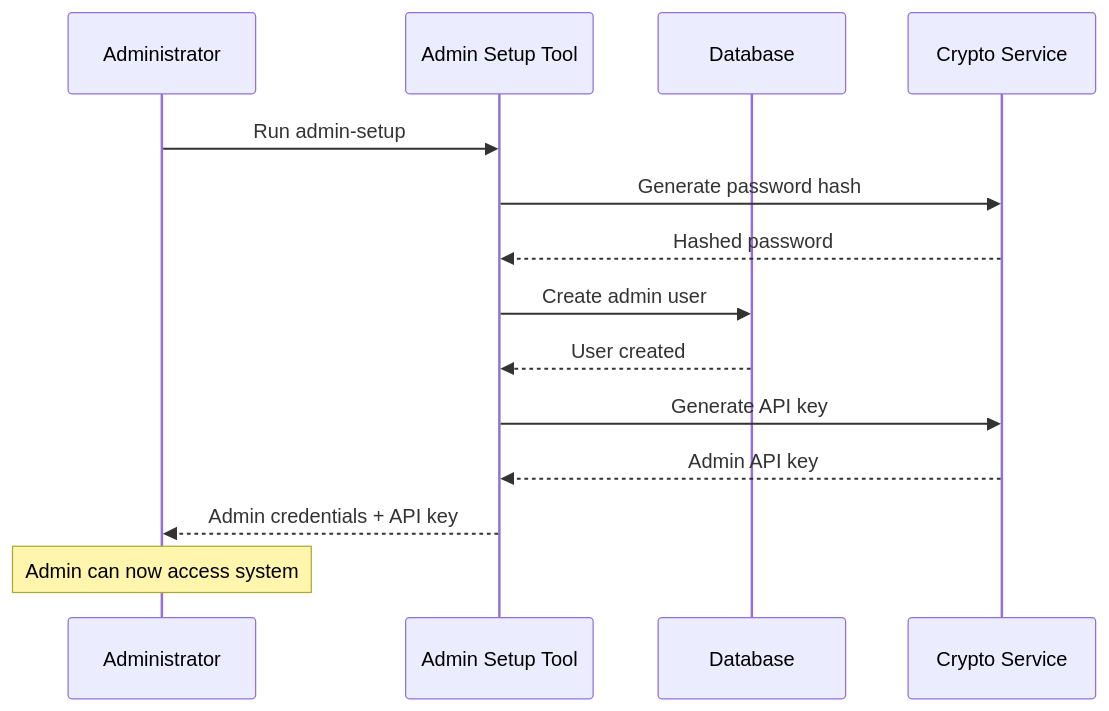
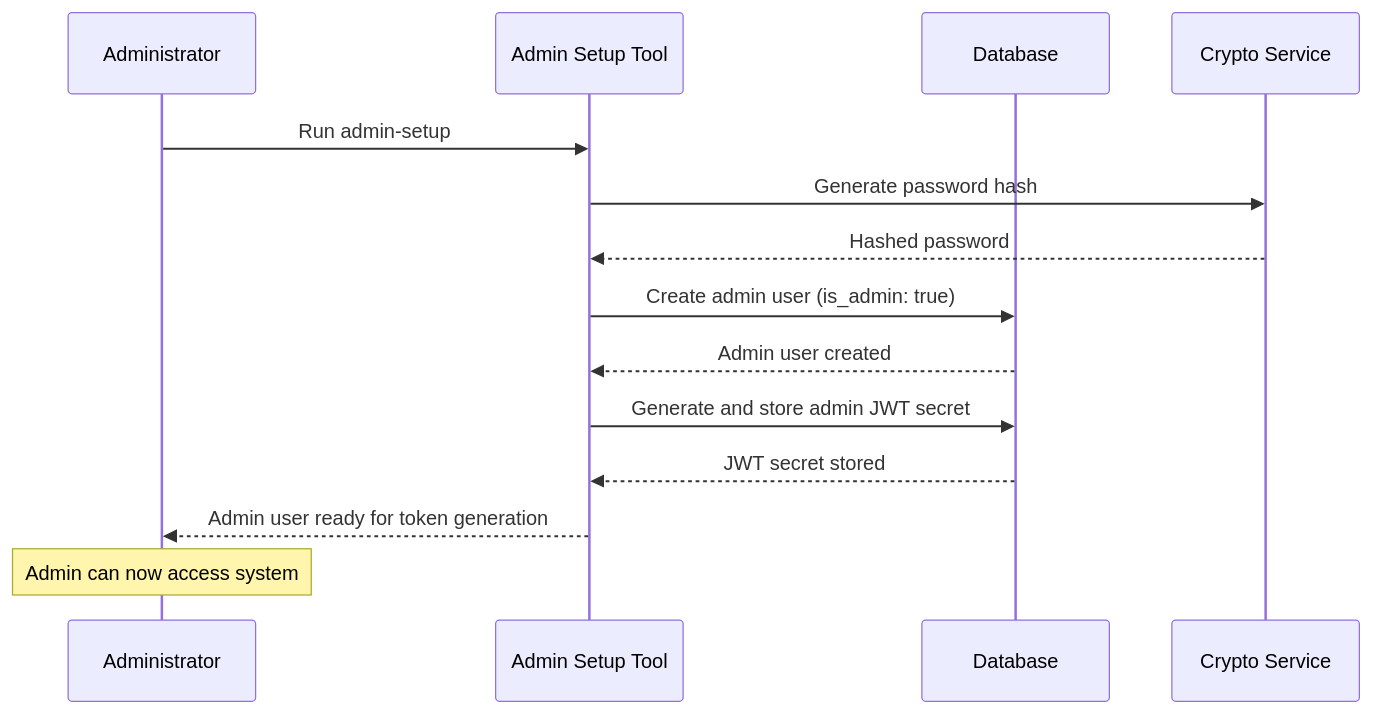
Before and after one commit to Async-IO/pierre_mcp_server: the second of 5 diagrams in docs/developer-guide/06-authentication.md, drawn with Mermaid. The commit also changed other lines of this file and 51 other files, not shown here.

````diff
--- a/docs/developer-guide/06-authentication.md
+++ b/docs/developer-guide/06-authentication.md
@@ -79,21 +79,21 @@
 ```mermaid
 sequenceDiagram
     participant Admin as Administrator
     participant Setup as Admin Setup Tool
     participant DB as Database
     participant Crypto as Crypto Service
     
     Admin->>Setup: Run admin-setup
     Setup->>Crypto: Generate password hash
     Crypto-->>Setup: Hashed password
     
-    Setup->>DB: Create admin user
-    DB-->>Setup: User created
+    Setup->>DB: Create admin user (is_admin: true)
+    DB-->>Setup: Admin user created
     
-    Setup->>Crypto: Generate API key
-    Crypto-->>Setup: Admin API key
+    Setup->>DB: Generate and store admin JWT secret
+    DB-->>Setup: JWT secret stored
     
-    Setup-->>Admin: Admin credentials + API key
+    Setup-->>Admin: Admin user ready for token generation
     
     Note over Admin: Admin can now access system
 ```
````
